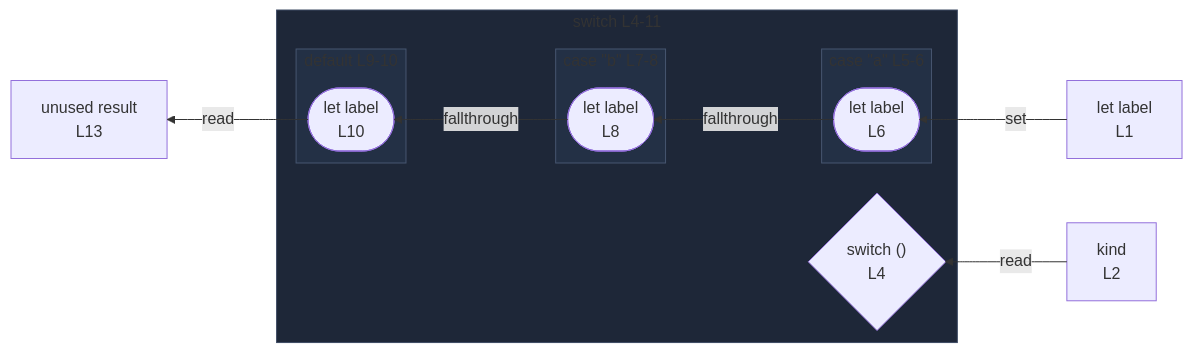
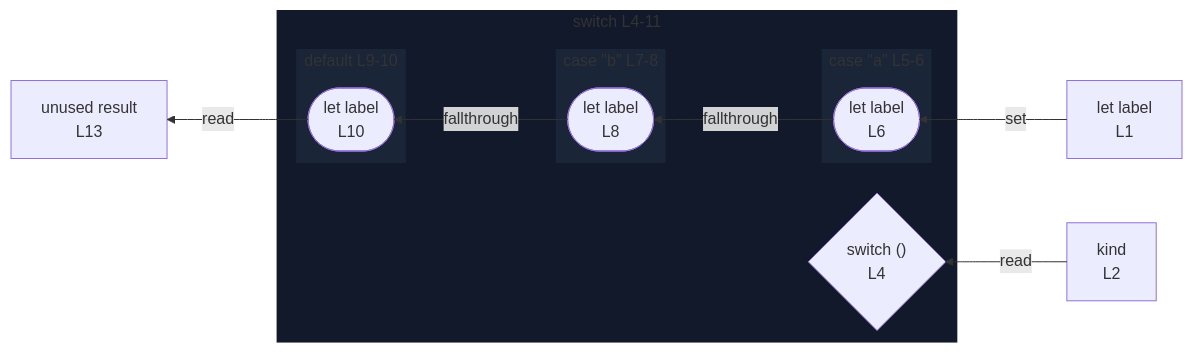
The diagram in integration/fixtures/switch-statement/fallthrough/preview.md (crescware/unsnarl), drawn with Mermaid before and after one commit. The commit also changed 263 other files, not shown here.

````diff
--- a/integration/fixtures/switch-statement/fallthrough/preview.md
+++ b/integration/fixtures/switch-statement/fallthrough/preview.md
@@ -23,34 +23,34 @@
 ```mermaid
 %%{init: {"flowchart": {"defaultRenderer": "elk"}}}%%
 flowchart RL
   n_scope_0_label_4["let label<br/>L1"]
   n_scope_0_kind_22["kind<br/>L2"]
   n_scope_0_result_157["unused result<br/>L13"]
   subgraph s_scope_1["switch L4-11"]
     direction RL
     switch_discriminant_scope_0_35{"switch ()<br/>L4"}
     subgraph s_scope_2["case &quot;a&quot; L5-6"]
       direction RL
       wr_ref_3(["let label<br/>L6"])
     end
     subgraph s_scope_3["case &quot;b&quot; L7-8"]
       direction RL
       wr_ref_4(["let label<br/>L8"])
     end
     subgraph s_scope_4["default L9-10"]
       direction RL
       wr_ref_5(["let label<br/>L10"])
     end
   end
   n_scope_0_label_4 -->|set| wr_ref_3
   wr_ref_3 -->|fallthrough| wr_ref_4
   wr_ref_4 -->|fallthrough| wr_ref_5
   n_scope_0_kind_22 -->|read| switch_discriminant_scope_0_35
   wr_ref_5 -->|read| n_scope_0_result_157
-  classDef nestL1 fill:#1e2738,stroke:#3d4a63;
+  classDef nestL1 fill:#11192a,stroke:transparent;
   class s_scope_1 nestL1;
-  classDef nestL2 fill:#233045,stroke:#475670;
+  classDef nestL2 fill:#1a2538,stroke:transparent;
   class s_scope_2 nestL2;
   class s_scope_3 nestL2;
   class s_scope_4 nestL2;
 ```
````
